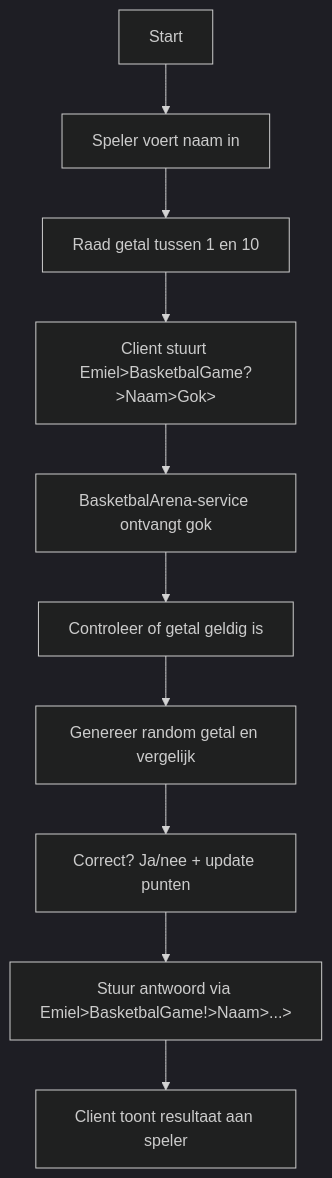
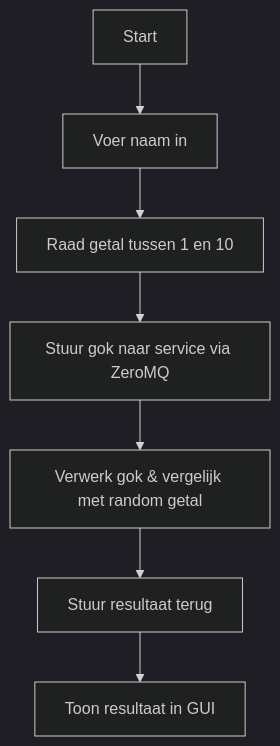
The first of 3 diagrams in README.md (Empel06/Benthernet), drawn with Mermaid (dark theme) before and after one commit. The commit also changed other lines of this file and 2 other files, not shown here.

````diff
--- a/README.md
+++ b/README.md
@@ -27,12 +26,9 @@
 ```mermaid
 flowchart TD
-    Start --> NaamInvoer[Speler voert naam in]
+    Start --> NaamInvoer[Voer naam in]
     NaamInvoer --> Raad[Raad getal tussen 1 en 10]
-    Raad --> SendGuess[Client stuurt Emiel>BasketbalGame?>Naam>Gok>]
-    SendGuess --> Service[BasketbalArena-service ontvangt gok]
-    Service --> CheckRange[Controleer of getal geldig is]
-    CheckRange --> Compare[Genereer random getal en vergelijk]
-    Compare --> Resultaat[Correct? Ja/nee + update punten]
-    Resultaat --> SendBack[Stuur antwoord via Emiel>BasketbalGame!>Naam>...>]
-    SendBack --> ClientToon[Client toont resultaat aan speler]
+    Raad --> SendGuess[Stuur gok naar service via ZeroMQ]
+    SendGuess --> Service[Verwerk gok & vergelijk met random getal]
+    Service --> Antwoord[Stuur resultaat terug]
+    Antwoord --> ToonResultaat[Toon resultaat in GUI]
 ```
````
